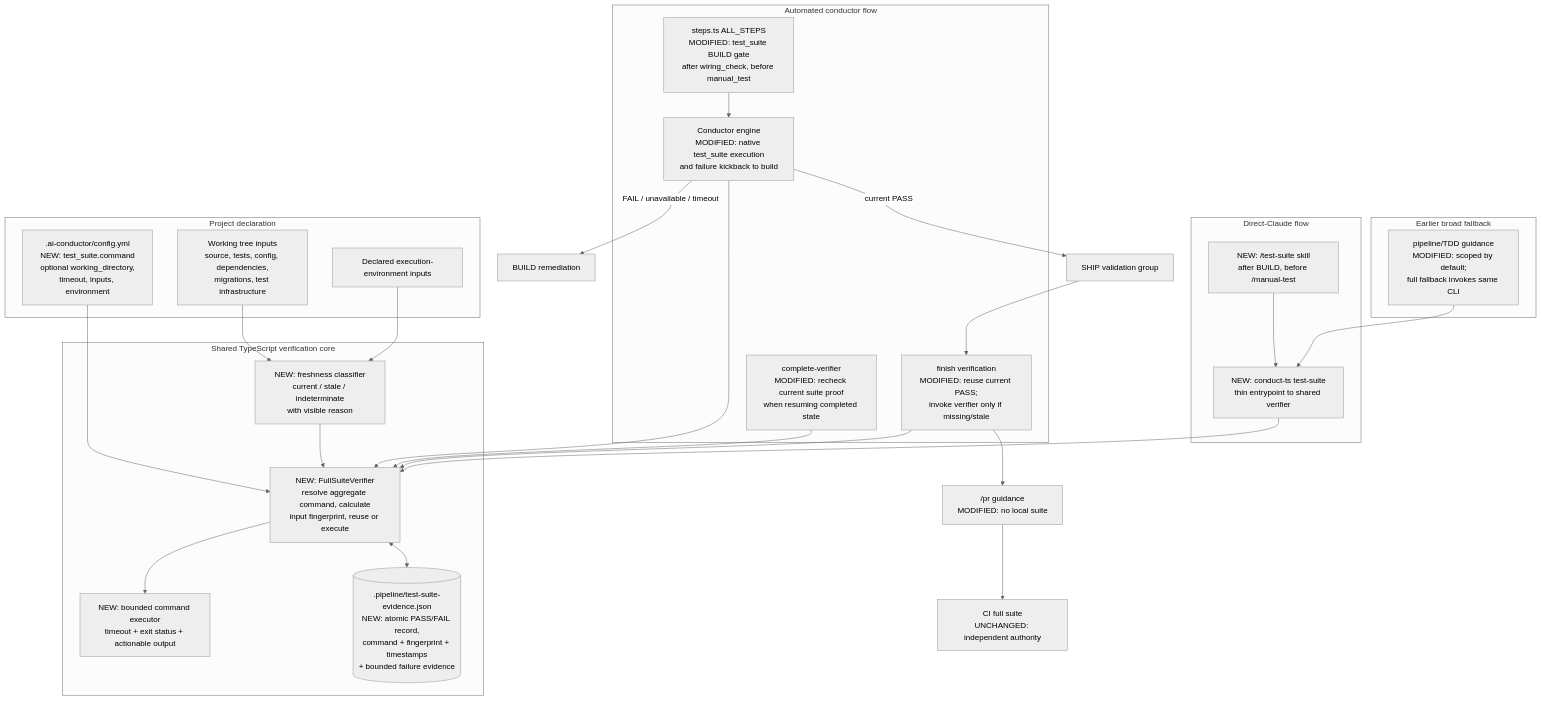
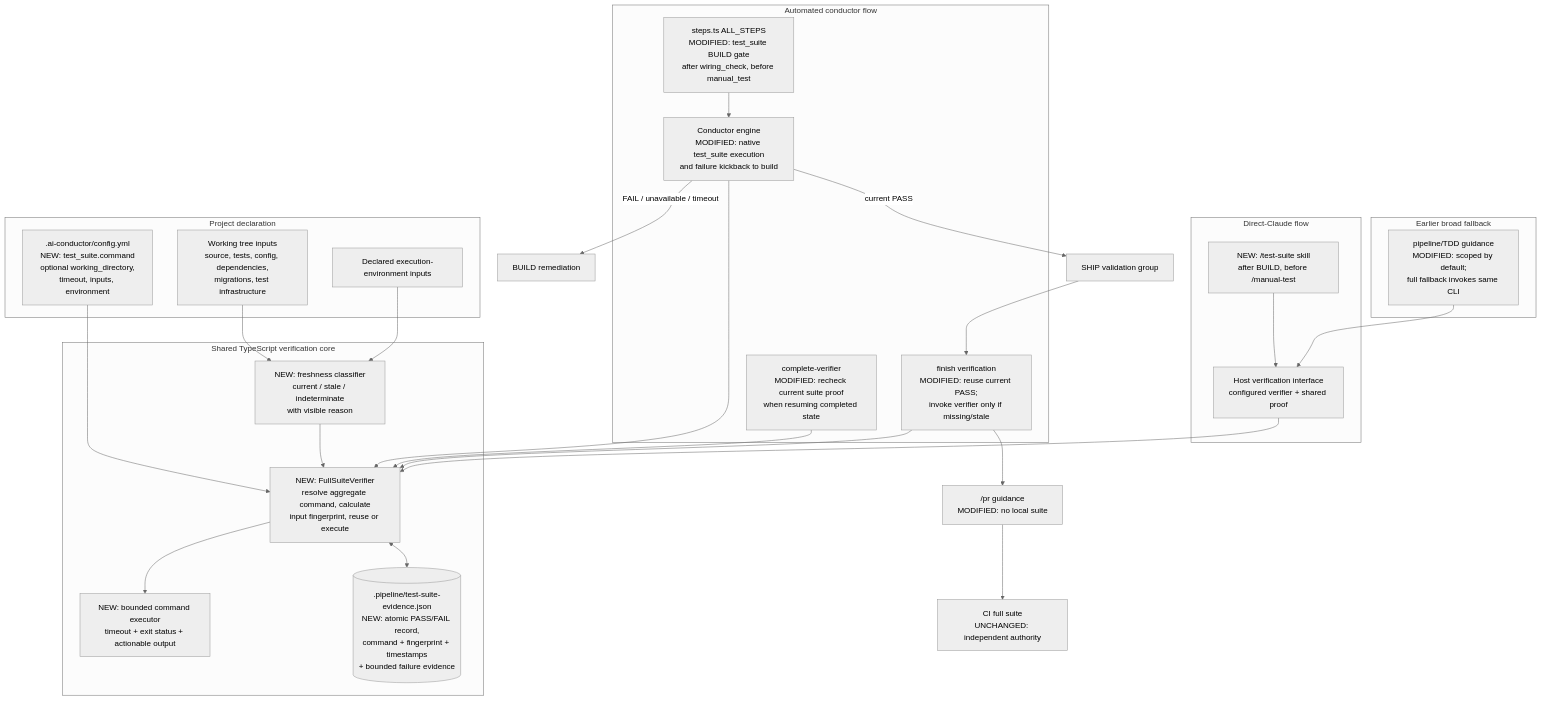
The diagram in .docs/architecture/full-suite-verification-gate-940.md (jstoup111/ai-conductor), drawn with Mermaid (neutral theme) before and after one commit. The commit also changed other lines of this file and 5 other files, not shown here.

Commit message:
docs: make direct suite verification portable

````diff
--- a/.docs/architecture/full-suite-verification-gate-940.md
+++ b/.docs/architecture/full-suite-verification-gate-940.md
@@ -9,56 +9,56 @@
 ```mermaid
 graph TD
     subgraph PROJECT["Project declaration"]
         CFG[".ai-conductor/config.yml<br/>NEW: test_suite.command<br/>optional working_directory,<br/>timeout, inputs, environment"]
         TREE["Working tree inputs<br/>source, tests, config, dependencies,<br/>migrations, test infrastructure"]
         ENV["Declared execution-environment inputs"]
     end
 
     subgraph CORE["Shared TypeScript verification core"]
         SERVICE["NEW: FullSuiteVerifier<br/>resolve aggregate command, calculate<br/>input fingerprint, reuse or execute"]
         EXEC["NEW: bounded command executor<br/>timeout + exit status + actionable output"]
         EVIDENCE[(".pipeline/test-suite-evidence.json<br/>NEW: atomic PASS/FAIL record,<br/>command + fingerprint + timestamps<br/>+ bounded failure evidence")]
         FRESH["NEW: freshness classifier<br/>current / stale / indeterminate<br/>with visible reason"]
     end
 
     subgraph AUTO["Automated conductor flow"]
         STEPS["steps.ts ALL_STEPS<br/>MODIFIED: test_suite BUILD gate<br/>after wiring_check, before manual_test"]
         ENGINE["Conductor engine<br/>MODIFIED: native test_suite execution<br/>and failure kickback to build"]
         RESUME["complete-verifier<br/>MODIFIED: recheck current suite proof<br/>when resuming completed state"]
         FINISH["finish verification<br/>MODIFIED: reuse current PASS;<br/>invoke verifier only if missing/stale"]
     end
 
     subgraph DIRECT["Direct-Claude flow"]
         SKILL["NEW: /test-suite skill<br/>after BUILD, before /manual-test"]
-        CLI["NEW: conduct-ts test-suite<br/>thin entrypoint to shared verifier"]
+        HOST["Host verification interface<br/>configured verifier + shared proof"]
     end
 
     subgraph EARLY["Earlier broad fallback"]
         FALLBACK["pipeline/TDD guidance<br/>MODIFIED: scoped by default;<br/>full fallback invokes same CLI"]
     end
 
     PR["/pr guidance<br/>MODIFIED: no local suite"]
     CI["CI full suite<br/>UNCHANGED: independent authority"]
 
     CFG --> SERVICE
     TREE --> FRESH
     ENV --> FRESH
     FRESH --> SERVICE
     SERVICE --> EXEC
     SERVICE <--> EVIDENCE
 
     STEPS --> ENGINE
     ENGINE --> SERVICE
     RESUME --> SERVICE
     ENGINE -- "FAIL / unavailable / timeout" --> BUILD["BUILD remediation"]
     ENGINE -- "current PASS" --> SHIP["SHIP validation group"]
     FINISH --> SERVICE
 
-    SKILL --> CLI
-    CLI --> SERVICE
-    FALLBACK --> CLI
+    SKILL --> HOST
+    HOST --> SERVICE
+    FALLBACK --> HOST
 
     SHIP --> FINISH
     FINISH --> PR
     PR --> CI
 ```
````
